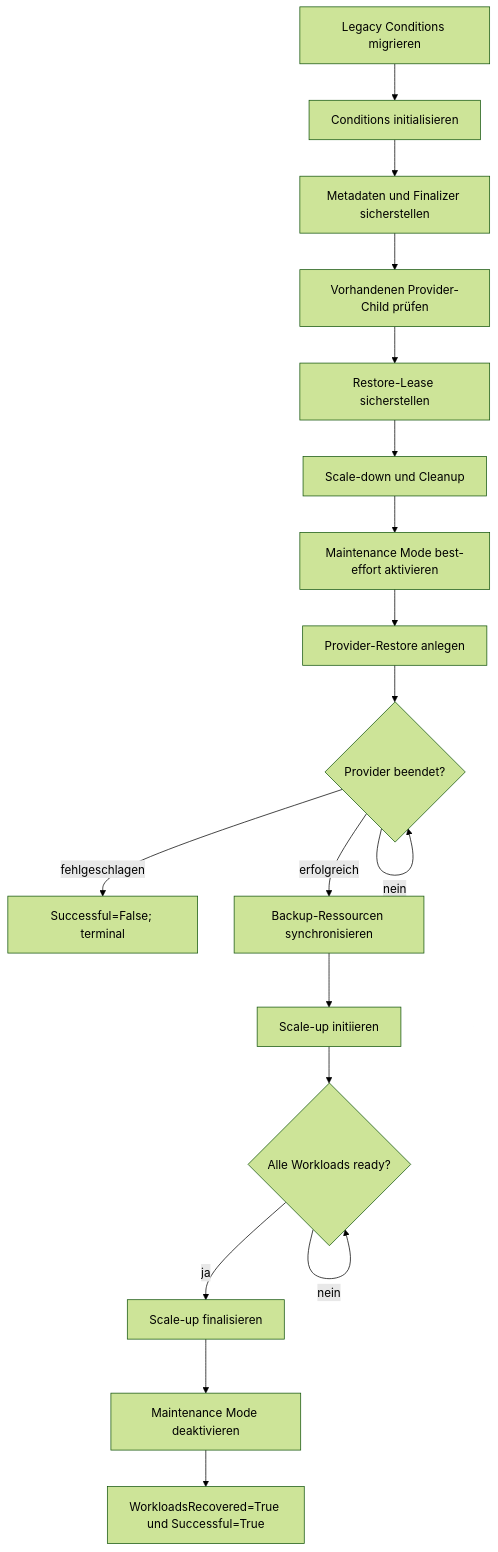
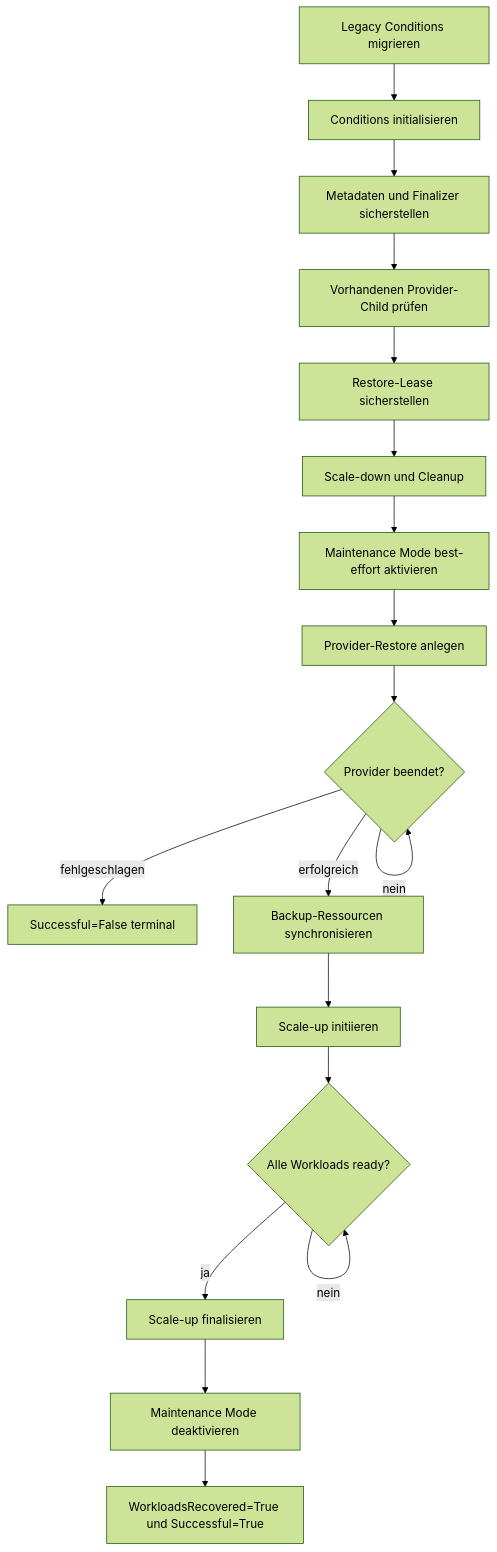
Before and after one commit to cloudogu/k8s-backup-operator: the second of 5 diagrams in docs/development/restore/restore_process_de.MD, drawn with Mermaid (forest theme). The commit also changed other lines of this file and 19 other files, not shown here.

````diff
--- a/docs/development/restore/restore_process_de.MD
+++ b/docs/development/restore/restore_process_de.MD
@@ -58,20 +58,20 @@
 ```mermaid
 flowchart TD
     A[Legacy Conditions migrieren] --> B[Conditions initialisieren]
     B --> C[Metadaten und Finalizer sicherstellen]
     C --> D[Vorhandenen Provider-Child prüfen]
     D --> E[Restore-Lease sicherstellen]
     E --> F[Scale-down und Cleanup]
     F --> FM[Maintenance Mode best-effort aktivieren]
     FM --> G[Provider-Restore anlegen]
     G --> H{Provider beendet?}
     H -- nein --> H
-    H -- fehlgeschlagen --> X[Successful=False; terminal]
+    H -- fehlgeschlagen --> X[Successful=False terminal]
     H -- erfolgreich --> I[Backup-Ressourcen synchronisieren]
     I --> J[Scale-up initiieren]
     J --> K{Alle Workloads ready?}
     K -- nein --> K
     K -- ja --> L[Scale-up finalisieren]
     L --> M[Maintenance Mode deaktivieren]
     M --> N[WorkloadsRecovered=True und Successful=True]
 ```
````
